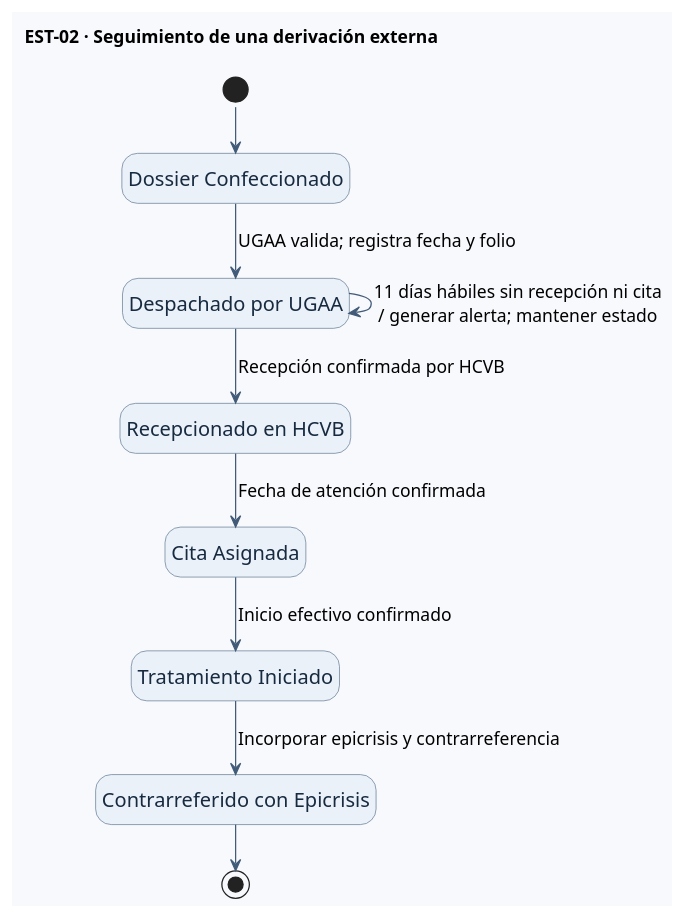
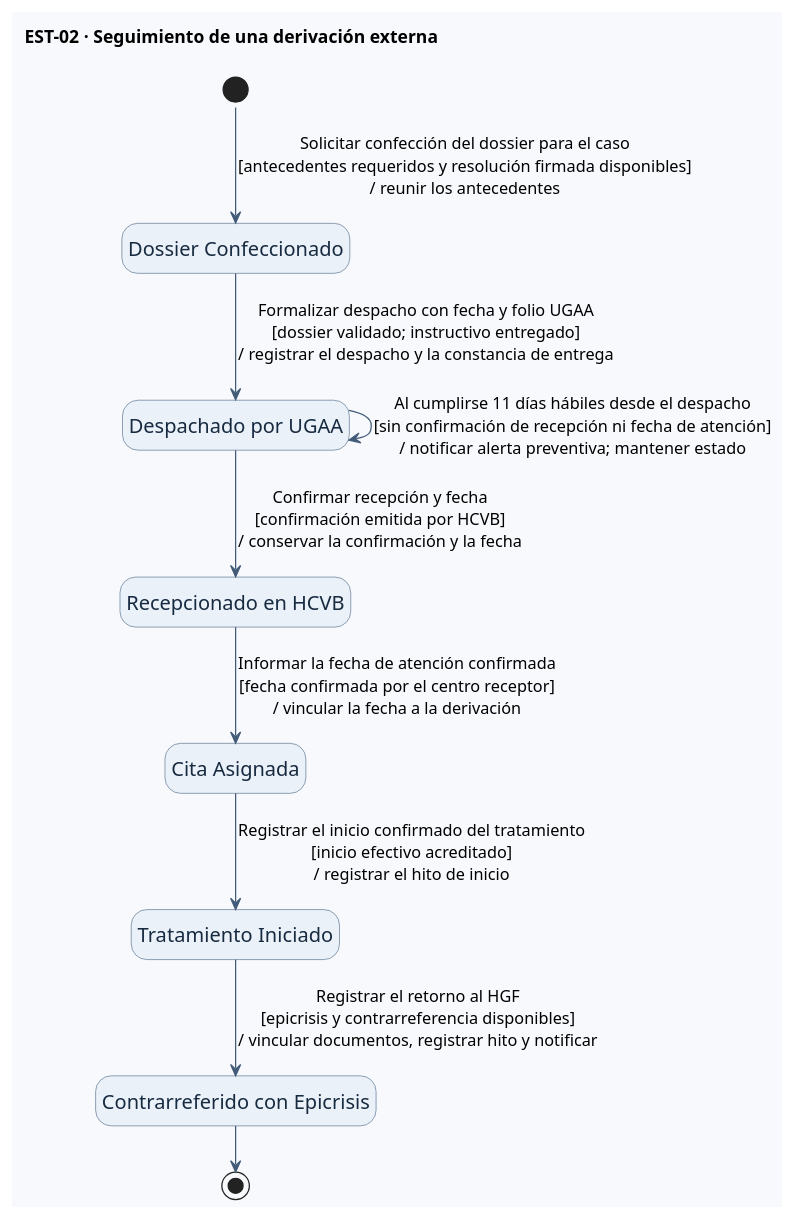
Before and after one commit to br1fz/OncoTrace: the second of 2 diagrams in diagramas/estados-objetos.puml, drawn with PlantUML. The commit also changed other lines of this file and 5 other files, not shown here.

```diff
--- a/diagramas/estados-objetos.puml
+++ b/diagramas/estados-objetos.puml
@@ -37,35 +39,35 @@
 @startuml EST-02-DossierDigitalDerivacion
 !pragma layout smetana
 top to bottom direction
 hide empty description
 skinparam shadowing false
 skinparam backgroundColor #F7F9FC
 skinparam defaultFontName SansSerif
 skinparam stateFontSize 16
-skinparam stateArrowFontSize 14
+skinparam stateArrowFontSize 13
 skinparam state {
   BackgroundColor #EAF1F8
   BorderColor #526B87
   FontColor #172A40
   ArrowColor #425B78
   StartColor #526B87
   EndColor #526B87
 }
 title EST-02 · Seguimiento de una derivación externa
 
-[*] --> Confeccionado
+[*] --> Confeccionado : Solicitar confección del dossier para el caso\n[antecedentes requeridos y resolución firmada disponibles]\n/ reunir los antecedentes
 state "Dossier Confeccionado" as Confeccionado
 state "Despachado por UGAA" as Despachado
 state "Recepcionado en HCVB" as Recepcionado
 state "Cita Asignada" as Cita
 state "Tratamiento Iniciado" as Tratamiento
 state "Contrarreferido con Epicrisis" as Contrarreferido
 
-Confeccionado --> Despachado : UGAA valida; registra fecha y folio
-Despachado --> Recepcionado : Recepción confirmada por HCVB
-Despachado --> Despachado : 11 días hábiles sin recepción ni cita\n/ generar alerta; mantener estado
-Recepcionado --> Cita : Fecha de atención confirmada
-Cita --> Tratamiento : Inicio efectivo confirmado
-Tratamiento --> Contrarreferido : Incorporar epicrisis y contrarreferencia
+Confeccionado --> Despachado : Formalizar despacho con fecha y folio UGAA\n[dossier validado; instructivo entregado]\n/ registrar el despacho y la constancia de entrega
+Despachado --> Recepcionado : Confirmar recepción y fecha\n[confirmación emitida por HCVB]\n/ conservar la confirmación y la fecha
+Despachado --> Despachado : Al cumplirse 11 días hábiles desde el despacho\n[sin confirmación de recepción ni fecha de atención]\n/ notificar alerta preventiva; mantener estado
+Recepcionado --> Cita : Informar la fecha de atención confirmada\n[fecha confirmada por el centro receptor]\n/ vincular la fecha a la derivación
+Cita --> Tratamiento : Registrar el inicio confirmado del tratamiento\n[inicio efectivo acreditado]\n/ registrar el hito de inicio
+Tratamiento --> Contrarreferido : Registrar el retorno al HGF\n[epicrisis y contrarreferencia disponibles]\n/ vincular documentos, registrar hito y notificar
 Contrarreferido --> [*]
 @enduml
```
